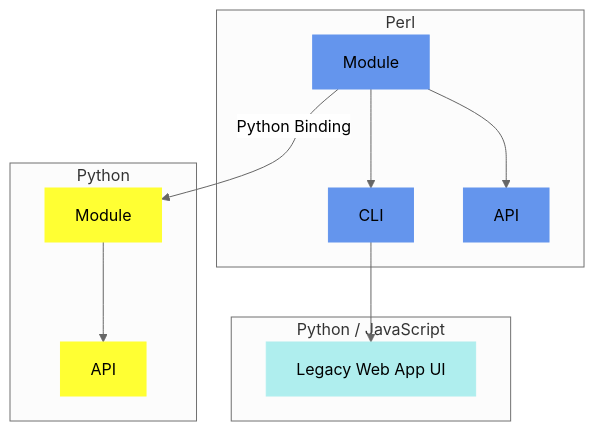
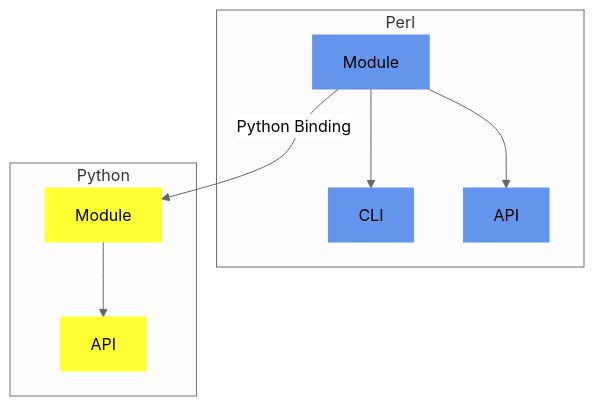
One commit to CNAG-Biomedical-Informatics/convert-pheno changed the diagram in docs-site/docs/implementation.md. Above: the diagram before and after it, drawn with Mermaid. The commit also changed other lines of this file and 15 other files, not shown here.

````diff
--- a/docs-site/docs/implementation.md
+++ b/docs-site/docs/implementation.md
@@ -11,25 +11,20 @@
 ```mermaid
 %%{init: {'theme':'neutral'}}%%
 graph TB
   subgraph "Perl"
   A[Module]--> B[CLI]
   A[Module]--> C[API]
-  end
-
-  subgraph "Python / JavaScript"
-  B --> D[Legacy Web App UI]
   end
 
   subgraph "Python"
   A --> |Python Binding| E[Module]
   E --> F[API]
   end
 
 
   style A fill: #6495ED, stroke: #6495ED
   style B fill: #6495ED, stroke: #6495ED
   style C fill: #6495ED, stroke: #6495ED
-  style D fill: #AFEEEE, stroke: #AFEEEE
   style E fill: #FFFF33, stroke: #FFFF33
   style F fill: #FFFF33, stroke: #FFFF33
 ```
````
